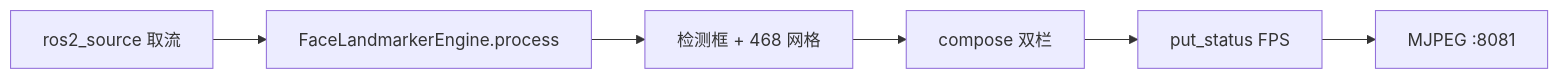
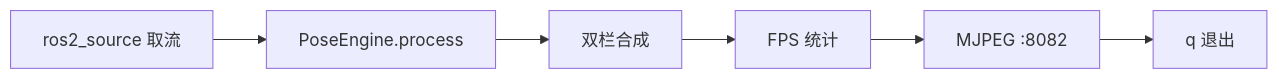
The eighth of 8 diagrams in courses/sheet1/robot_vision/_parts/experiment-9.md (aibittek/course_generate_agent), drawn with Mermaid before and after one commit. The commit also changed other lines of this file and 98 other files, not shown here.

````diff
--- a/courses/sheet1/robot_vision/_parts/experiment-9.md
+++ b/courses/sheet1/robot_vision/_parts/experiment-9.md
@@ -473,8 +481,8 @@
 ```mermaid
 graph LR
-    A[ros2_source 取流] --> B[FaceLandmarkerEngine.process]
-    B --> C[检测框 + 468 网格]
-    C --> D[compose 双栏]
-    D --> E[put_status FPS]
-    E --> F[MJPEG :8081]
+    A[ros2_source 取流] --> B[PoseEngine.process]
+    B --> C[双栏合成]
+    C --> D[FPS 统计]
+    D --> E[MJPEG :8082]
+    E --> F[q 退出]
 ```
````
